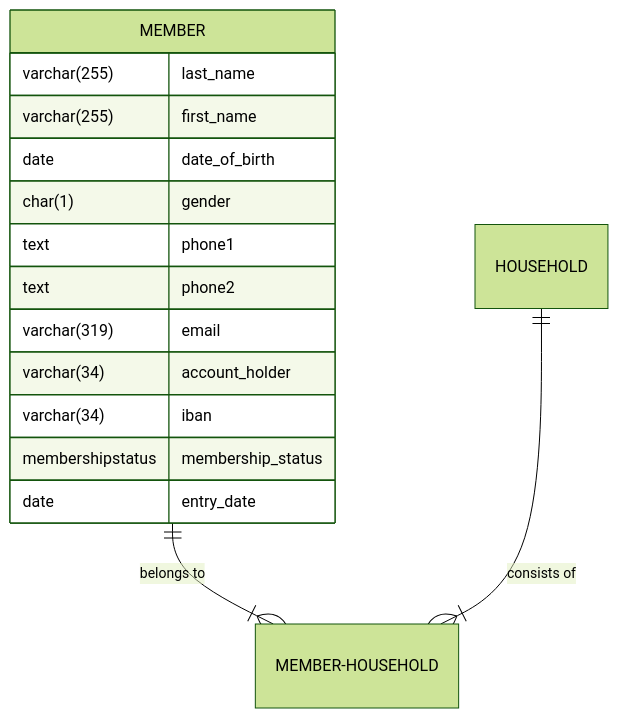
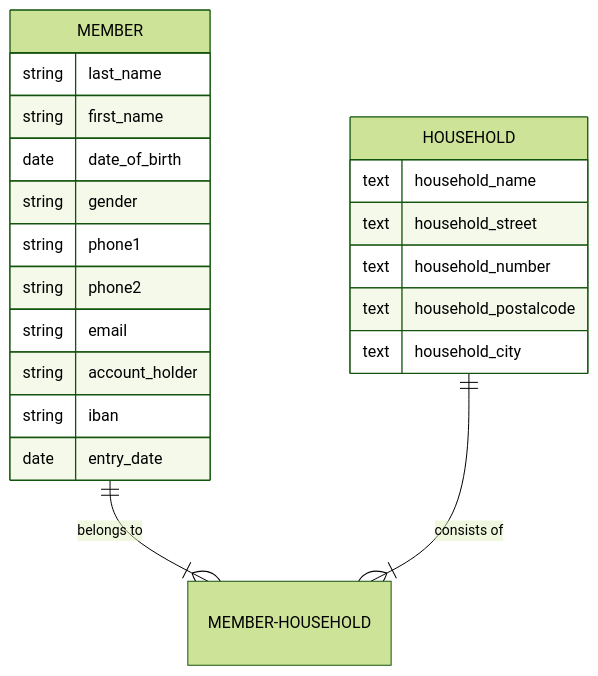
The diagram in database-schema/sportyweb-schema.md (Lehrstuhl-BWL-EvIS/sportyweb), drawn with Mermaid (forest theme) before and after one commit. The commit also changed other lines of this file, not shown here.

`````diff
--- a/database-schema/sportyweb-schema.md
+++ b/database-schema/sportyweb-schema.md
@@ -23,18 +28,25 @@
 ```mermaid
 erDiagram
           MEMBER ||--|{ MEMBER-HOUSEHOLD : "belongs to"
           HOUSEHOLD ||--|{ MEMBER-HOUSEHOLD : "consists of"
           MEMBER {
-            varchar(255) last_name
-            varchar(255) first_name
+            string last_name
+            string first_name
             date date_of_birth
-            char(1) gender
-            text phone1
-            text phone2
-            varchar(319) email
-            varchar(34) account_holder
-            varchar(34) iban
-            membershipstatus membership_status
+            string gender
+            string phone1
+            string phone2
+            string email
+            string account_holder
+            string iban
             date entry_date 
           }
+
+          HOUSEHOLD {
+            text household_name
+            text household_street
+            text household_number
+            text household_postalcode
+            text household_city
+          }
 ````
`````
